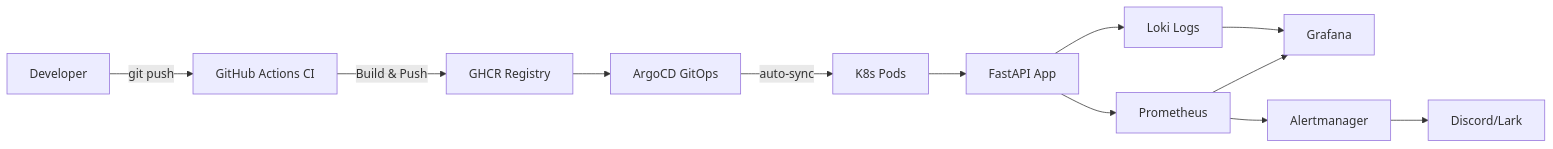
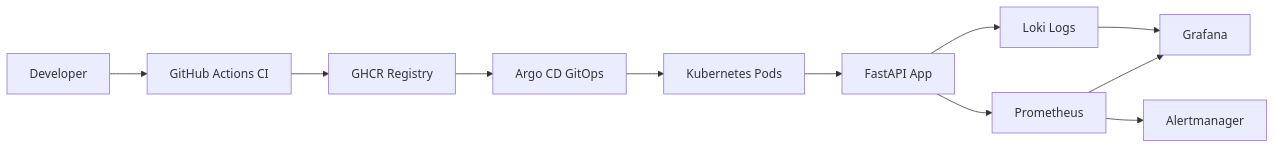
The diagram in README.md (DerbSwag/Devops-fastapi-lab), drawn with Mermaid before and after one commit. The commit also changed other lines of this file, not shown here.

````diff
--- a/README.md
+++ b/README.md
@@ -52,14 +54,13 @@
 ```mermaid
 graph LR
-    Dev[Developer] --> |git push| GHA[GitHub Actions CI]
-    GHA --> |Build & Push| GHCR[GHCR Registry]
-    GHCR --> ArgoCD[ArgoCD GitOps]
-    ArgoCD --> |auto-sync| K8s[K8s Pods]
+    Dev[Developer] --> GHA[GitHub Actions CI]
+    GHA --> GHCR[GHCR Registry]
+    GHCR --> ArgoCD[Argo CD GitOps]
+    ArgoCD --> K8s[Kubernetes Pods]
     K8s --> FastAPI[FastAPI App]
     FastAPI --> Prometheus[Prometheus]
     Prometheus --> Grafana[Grafana]
-    Prometheus --> Alert[Alertmanager]
-    Alert --> Discord[Discord/Lark]
+    Prometheus --> Alertmanager[Alertmanager]
     FastAPI --> Loki[Loki Logs]
     Loki --> Grafana
 ```
````
